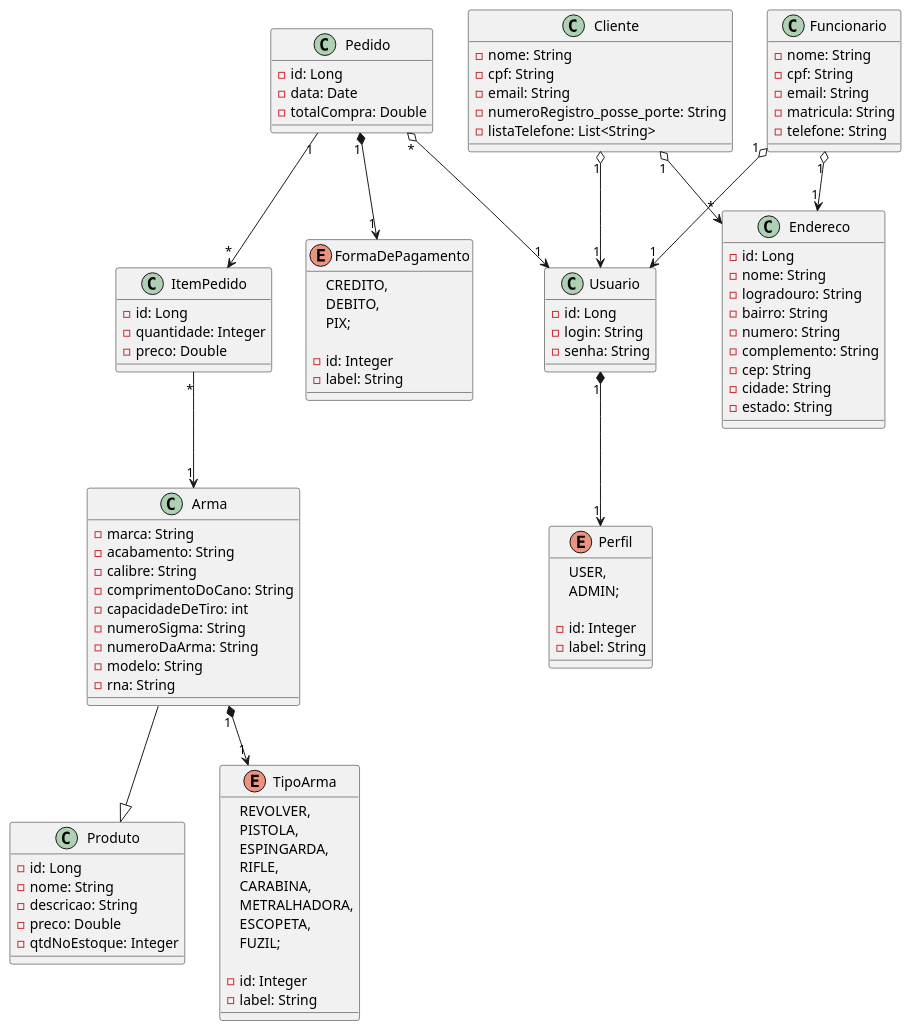
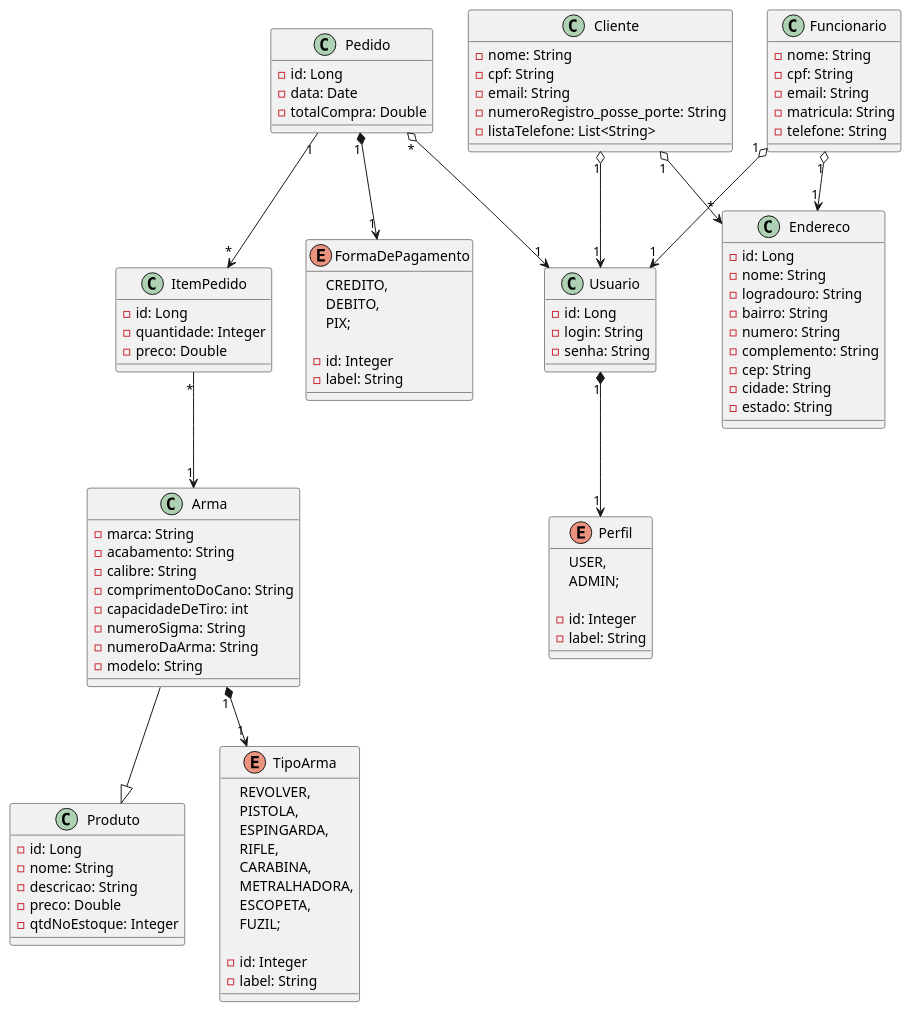
One commit to leocs000/milisoft-quarkus changed the diagram in src/main/java/unitins/tp1/docs/uml_militropa.plantuml. Above: the diagram before and after it, drawn with PlantUML.

Commit message:
adicionando uml

```diff
--- a/src/main/java/unitins/tp1/docs/uml_militropa.plantuml
+++ b/src/main/java/unitins/tp1/docs/uml_militropa.plantuml
@@ -1,118 +1,118 @@
 @startuml Tabacaria
 '========Produto========='
 class Produto{
     - id: Long
     - nome: String
     - descricao: String
     - preco: Double
     - qtdNoEstoque: Integer
 }
 
 class Arma{
     - marca: String
     - acabamento: String
     - calibre: String
     - comprimentoDoCano: String
     - capacidadeDeTiro: int
     - numeroSigma: String
     - numeroDaArma: String
     - modelo: String
-    - rna: String
+ '   - rna: String
 }
 
 enum TipoArma{
     REVOLVER,
     PISTOLA,
     ESPINGARDA,
     RIFLE,
     CARABINA,
     METRALHADORA,
     ESCOPETA,
     FUZIL;
 
     - id: Integer
     - label: String
 }
 
 '========Usuario========='
 class Usuario{
     - id: Long
     - login: String
     - senha: String
 }
 
 enum Perfil{
     USER,
     ADMIN;
 
     - id: Integer
     - label: String
 }
 
 class Funcionario{
     - nome: String
     - cpf: String
     - email: String
     - matricula: String
     - telefone: String
 }
 
 class Cliente{
     - nome: String
     - cpf: String
     - email: String
     - numeroRegistro_posse_porte: String
     - listaTelefone: List<String>
 }
 '========Venda========='
 class Pedido {
     - id: Long
     - data: Date
     - totalCompra: Double
 }
 
 class ItemPedido {
     - id: Long
     - quantidade: Integer
     - preco: Double
 }
 '========Pagamento========='
 enum FormaDePagamento {
     CREDITO,
     DEBITO,
     PIX;
 
     - id: Integer
     - label: String
 }
 '========Endereco========='
 class Endereco {
     - id: Long
     - nome: String
     - logradouro: String
     - bairro: String
     - numero: String
     - complemento: String
     - cep: String
     - cidade: String
     - estado: String
 }
 
 '========Relacionamentos========='
 
 Pedido "1" *--> "1" FormaDePagamento
 Pedido "1" --> "*" ItemPedido
 Pedido "*" o--> "1" Usuario
 
 ItemPedido "*" --> "1" Arma
 
 Usuario "1" *--> "1" Perfil
 Funcionario "1" o--> "1" Usuario
 Funcionario "1" o--> "1" Endereco
 Cliente "1" o--> "*" Endereco
 Cliente "1" o--> "1" Usuario
 
 Arma --|> Produto
 Arma "1" *--> "1" TipoArma
 
 @enduml
```
